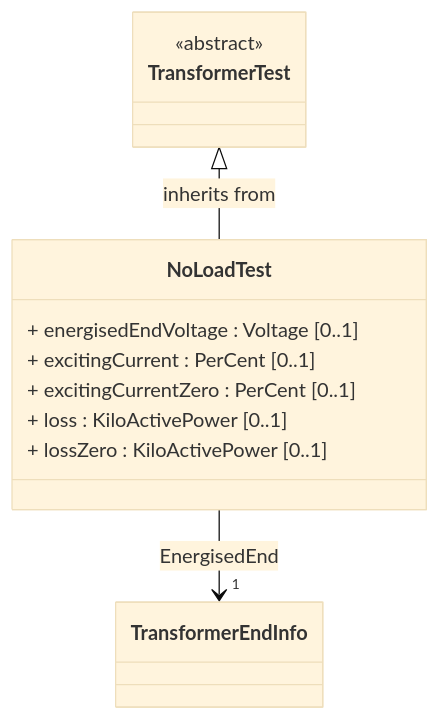
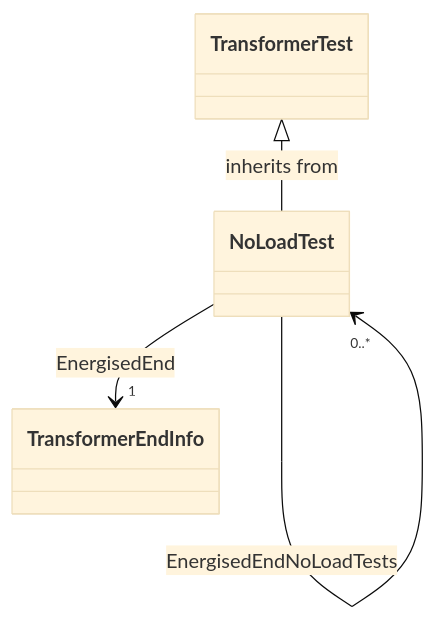
One commit to PNNL-CIM-Tools/CIM-Graph changed the second of 14 diagrams in cimgraph/data_profile/cim18gmdm/asset/Asset.rdfs-t2b.md. Above: the diagram before and after it, drawn with Mermaid (base theme). The commit also changed other lines of this file and 4 other files, not shown here.

````diff
--- a/cimgraph/data_profile/cim18gmdm/asset/Asset.rdfs-t2b.md
+++ b/cimgraph/data_profile/cim18gmdm/asset/Asset.rdfs-t2b.md
@@ -133,22 +173,8 @@
 ```mermaid
 classDiagram
-direction TB
-
-class NoLoadTest {
-+ energisedEndVoltage : Voltage [0..1]
-+ excitingCurrent : PerCent [0..1]
-+ excitingCurrentZero : PerCent [0..1]
-+ loss : KiloActivePower [0..1]
-+ lossZero : KiloActivePower [0..1]
+class NoLoadTest{
 }
-
-class TransformerTest {
-<<abstract>>
-}
-
 TransformerTest <|-- NoLoadTest : inherits from
-class TransformerEndInfo {
-}
-
 NoLoadTest --> "1" TransformerEndInfo : EnergisedEnd
+NoLoadTest --> "0..*" NoLoadTest : EnergisedEndNoLoadTests
 ```
````
